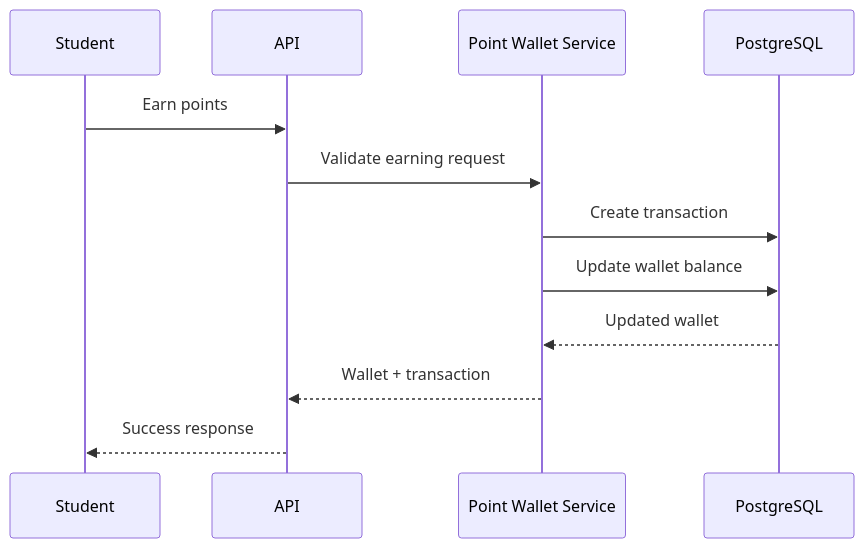
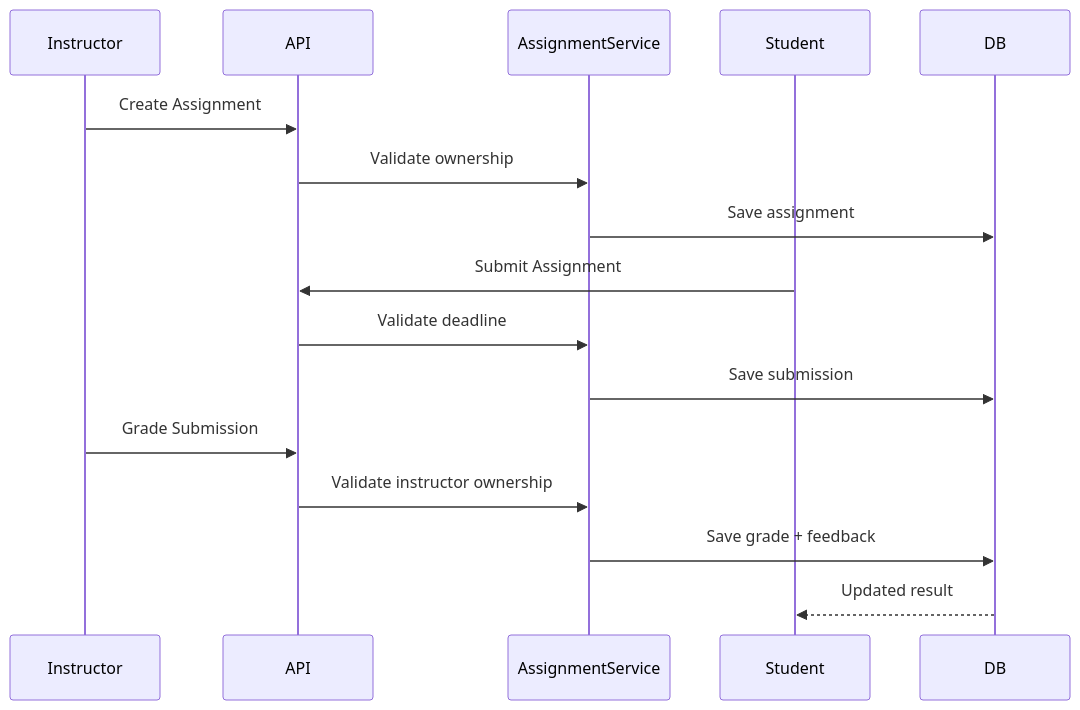
Before and after one commit to SnehashisKundu/VerterxLearn-Learning-management-System: the eighth of 31 diagrams in README.md, drawn with Mermaid. The commit also changed other lines of this file, not shown here.

````diff
--- a/README.md
+++ b/README.md
@@ -242,15 +537,21 @@
-``` mermaid
+```mermaid
 sequenceDiagram
-    participant S as Student
-    participant API as API
-    participant PW as Point Wallet Service
-    participant DB as PostgreSQL
+    participant Instructor
+    participant API
+    participant AssignmentService
+    participant Student
+    participant DB
 
-    S->>API: Earn points
-    API->>PW: Validate earning request
-    PW->>DB: Create transaction
-    PW->>DB: Update wallet balance
-    DB-->>PW: Updated wallet
-    PW-->>API: Wallet + transaction
-    API-->>S: Success response
+    Instructor->>API: Create Assignment
+    API->>AssignmentService: Validate ownership
+    AssignmentService->>DB: Save assignment
+
+    Student->>API: Submit Assignment
+    API->>AssignmentService: Validate deadline
+    AssignmentService->>DB: Save submission
+
+    Instructor->>API: Grade Submission
+    API->>AssignmentService: Validate instructor ownership
+    AssignmentService->>DB: Save grade + feedback
+    DB-->>Student: Updated result
 ```
````
